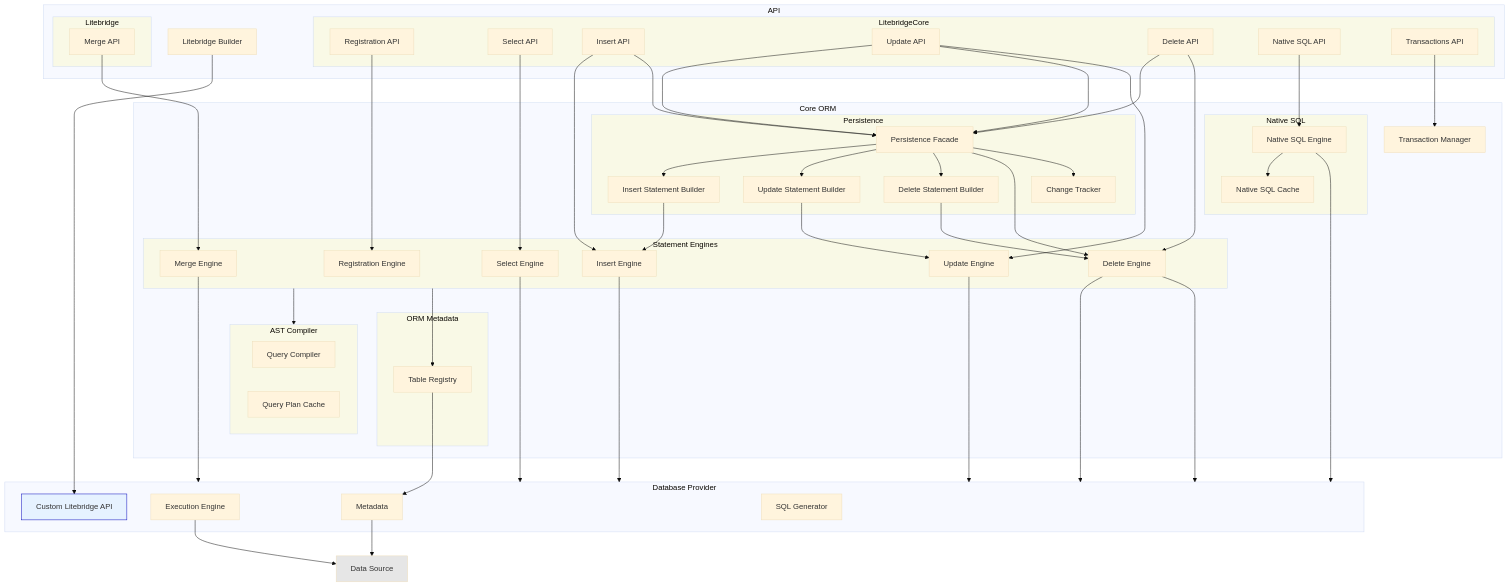
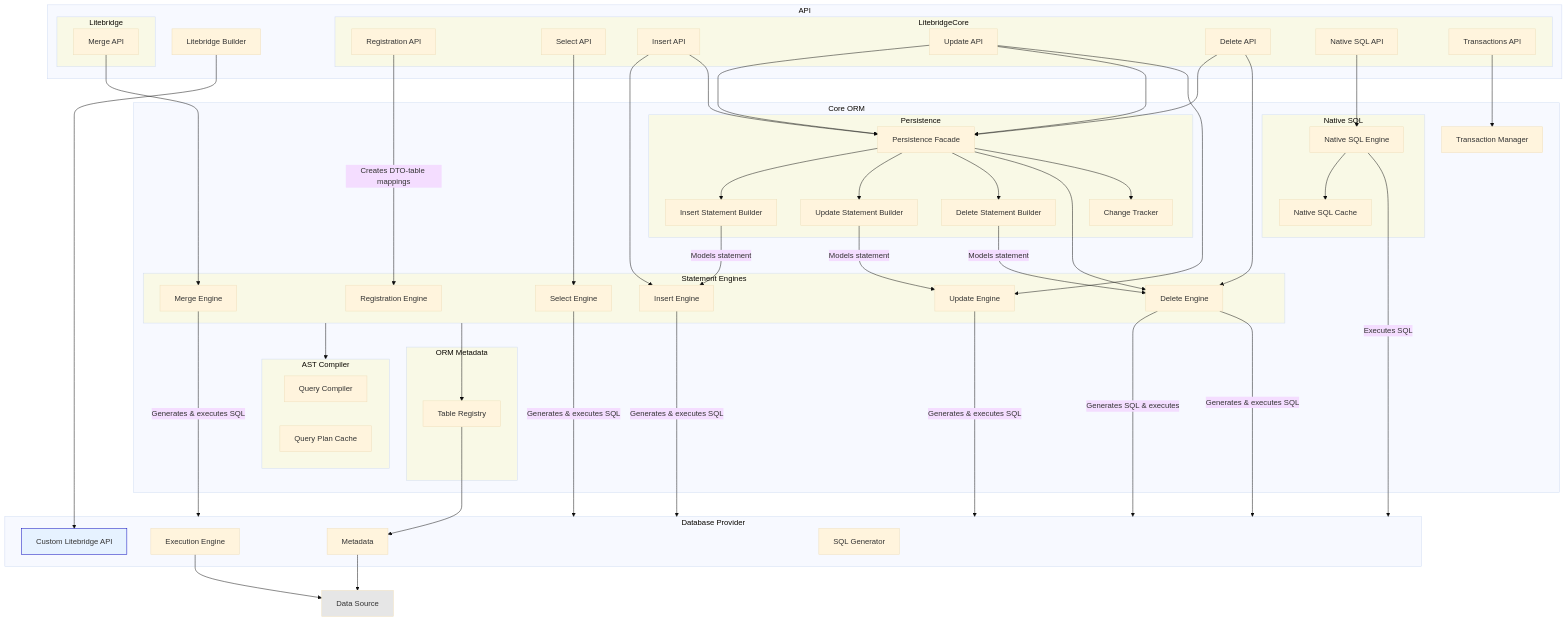
Before and after one commit to faucamp/litebridge: the diagram in docs/dev/architecture.md, drawn with Mermaid (base theme). The commit also changed other lines of this file, not shown here.

Commit message:
Update architecture doc

```diff
--- a/docs/dev/architecture.md
+++ b/docs/dev/architecture.md
@@ -74,18 +76,18 @@
     DataSource[Data Source]
     style DataSource fill:#e6e6e6
     
-    RegistrationApi --> RegistrationEngine
-    MergeApi --> MergeEngine ---> DatabaseProvider
-    SelectApi --> SelectEngine --> DatabaseProvider
-    InsertApi --> InsertEngine --> DatabaseProvider
-    InsertApi --> PersistenceFacade --> InsertStatementBuilder --> InsertEngine
-    UpdateApi --> PersistenceFacade --> UpdateStatementBuilder --> UpdateEngine
-    UpdateApi --> PersistenceFacade --> DeleteStatementBuilder --> DeleteEngine
-    DeleteApi --> PersistenceFacade --> DeleteEngine --> DatabaseProvider
+    RegistrationApi -->|Creates DTO-table mappings| RegistrationEngine
+    MergeApi --> MergeEngine --->|Generates & executes SQL| DatabaseProvider
+    SelectApi --> SelectEngine -->|Generates & executes SQL| DatabaseProvider
+    InsertApi --> InsertEngine -->|Generates & executes SQL| DatabaseProvider
+    InsertApi --> PersistenceFacade --> InsertStatementBuilder -->|Models statement| InsertEngine
+    UpdateApi --> PersistenceFacade --> UpdateStatementBuilder -->|Models statement| UpdateEngine
+    UpdateApi --> PersistenceFacade --> DeleteStatementBuilder -->|Models statement| DeleteEngine
+    DeleteApi --> PersistenceFacade --> DeleteEngine -->|Generates SQL & executes| DatabaseProvider
     PersistenceFacade --> ChangeTracker
-    UpdateApi --> UpdateEngine --> DatabaseProvider
-    DeleteApi --> DeleteEngine --> DatabaseProvider
-    NativeSqlApi --> NativeSqlEngine --> DatabaseProvider
+    UpdateApi --> UpdateEngine -->|Generates & executes SQL| DatabaseProvider
+    DeleteApi --> DeleteEngine -->|Generates & executes SQL| DatabaseProvider
+    NativeSqlApi --> NativeSqlEngine -->|Executes SQL| DatabaseProvider
     TransactionsApi --> TransactionManager
     EngineGroup --> QueryCompilerGroup
     NativeSqlEngine --> NativeSqlCache
```
